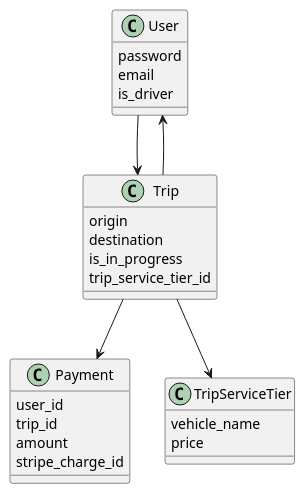
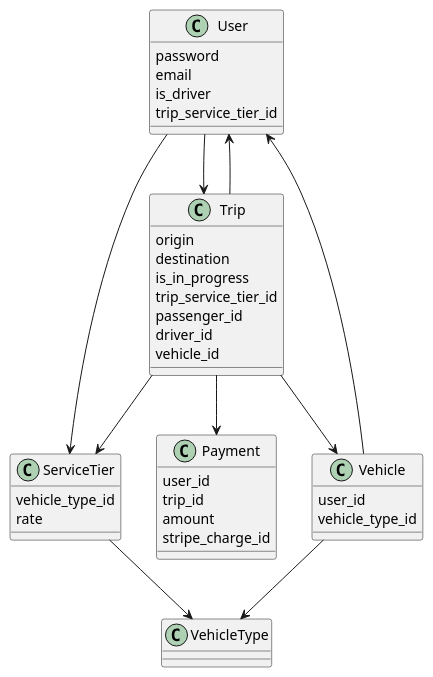
The diagram in diagrams/2-ride-tiers.plantuml (andrewhao/dddrail-talk), drawn with PlantUML before and after one commit. The commit also changed 8 other files, not shown here.

Commit message:
Refining diagrams.

```diff
--- a/diagrams/2-ride-tiers.plantuml
+++ b/diagrams/2-ride-tiers.plantuml
@@ -1,34 +1,52 @@
 @startuml
 skinparam shadowing false
 
 class User {
   password
   email
   is_driver
+  trip_service_tier_id
 }
 
 class Trip {
   origin
   destination
   is_in_progress
   trip_service_tier_id
+  passenger_id
+  driver_id
+  vehicle_id
 }
 
 class Payment {
   user_id
   trip_id
   amount
   stripe_charge_id
 }
 
-class TripServiceTier {
-  vehicle_name
-  price
+class Vehicle {
+  user_id
+  vehicle_type_id
 }
+
+class ServiceTier {
+  vehicle_type_id
+  rate
+}
+
+class VehicleType {
+}
+
 
 User --> Trip
 Trip --> User
 Trip --> Payment
-Trip --> TripServiceTier
+Trip --> ServiceTier
+Trip --> Vehicle
+ServiceTier --> VehicleType
+Vehicle --> VehicleType
+Vehicle --> User
+User --> ServiceTier
 
 @enduml
```
